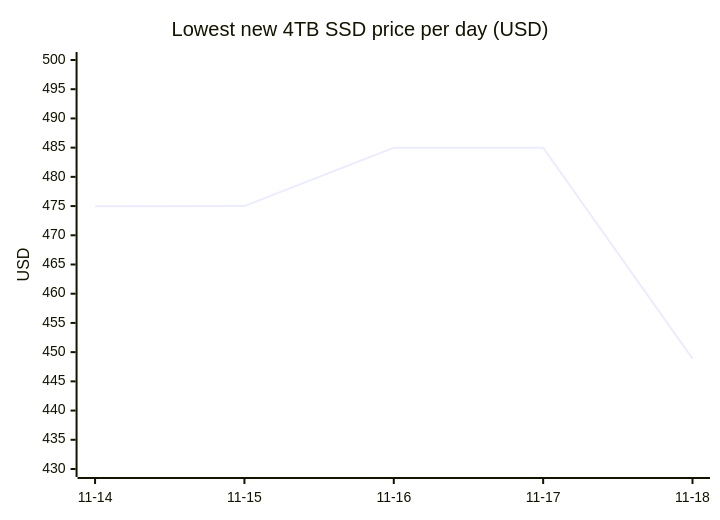
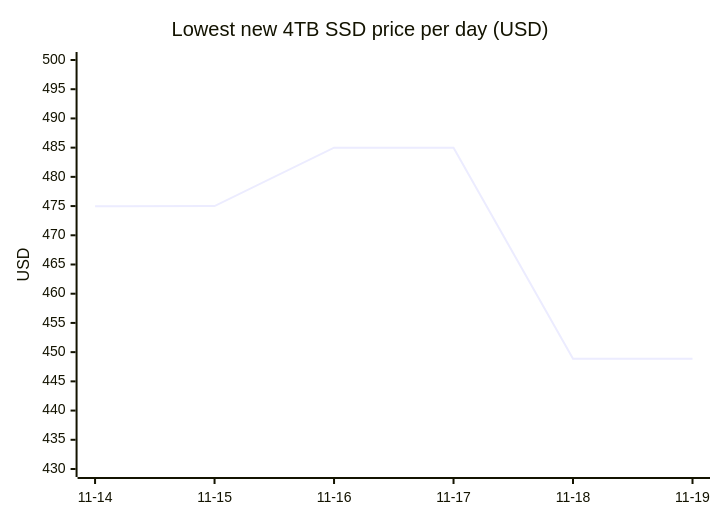
The first of 18 diagrams in README.md (7324136828/4tb_ssd_price_watch), drawn with Mermaid before and after one commit. The commit also changed other lines of this file, not shown here.

````diff
--- a/README.md
+++ b/README.md
@@ -81,7 +81,7 @@
 ```mermaid
 xychart-beta
     title "Lowest new 4TB SSD price per day (USD)"
-    x-axis ["11-14", "11-15", "11-16", "11-17", "11-18"]
+    x-axis ["11-14", "11-15", "11-16", "11-17", "11-18", "11-19"]
     y-axis "USD" 430 --> 500
-    line [474.97, 475.00, 484.99, 484.99, 448.88]
+    line [474.97, 475.00, 484.99, 484.99, 448.88, 448.88]
 ```
````
